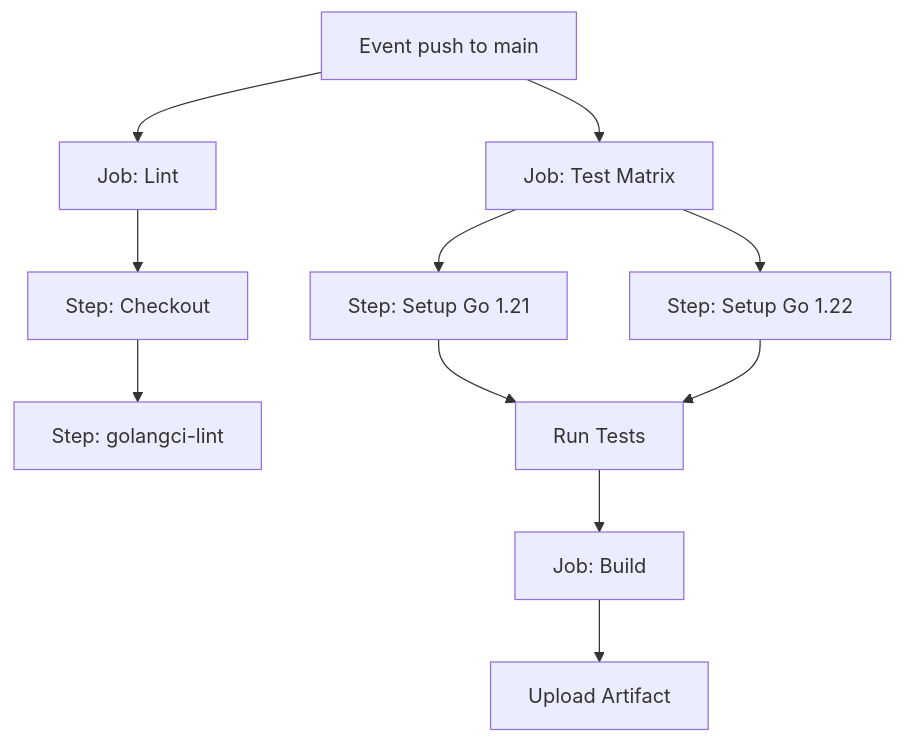
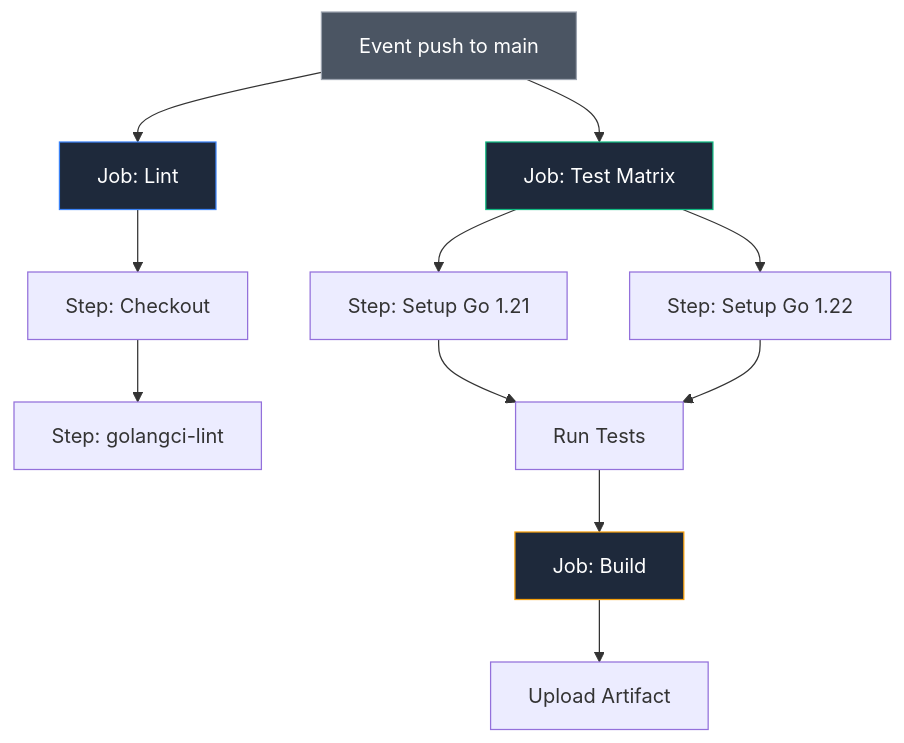
Before and after one commit to UnrealTemplier/go-textbook: the diagram in sources/8. Инфраструктура языка, Тулинг и CI_CD/27. GitHub Actions для Go.md, drawn with Mermaid. The commit also changed other lines of this file, not shown here.

````diff
--- a/sources/8. Инфраструктура языка, Тулинг и CI_CD/27. GitHub Actions для Go.md
+++ b/sources/8. Инфраструктура языка, Тулинг и CI_CD/27. GitHub Actions для Go.md
@@ -13,17 +19,22 @@
 ```mermaid
 flowchart TD
     A["Event push to main"] --> B["Job: Lint"]
     A --> C["Job: Test Matrix"]
     
     B --> D["Step: Checkout"]
     D --> E["Step: golangci-lint"]
     
     C --> F["Step: Setup Go 1.21"]
     C --> G["Step: Setup Go 1.22"]
     
     F --> H["Run Tests"]
     G --> H
     
     H --> I["Job: Build"]
     I --> J["Upload Artifact"]
+    
+    style A fill:#4b5563,stroke:#9ca3af,color:#fff
+    style B fill:#1e293b,stroke:#3b82f6,color:#fff
+    style C fill:#1e293b,stroke:#10b981,color:#fff
+    style I fill:#1e293b,stroke:#f59e0b,color:#fff
 ```
````
